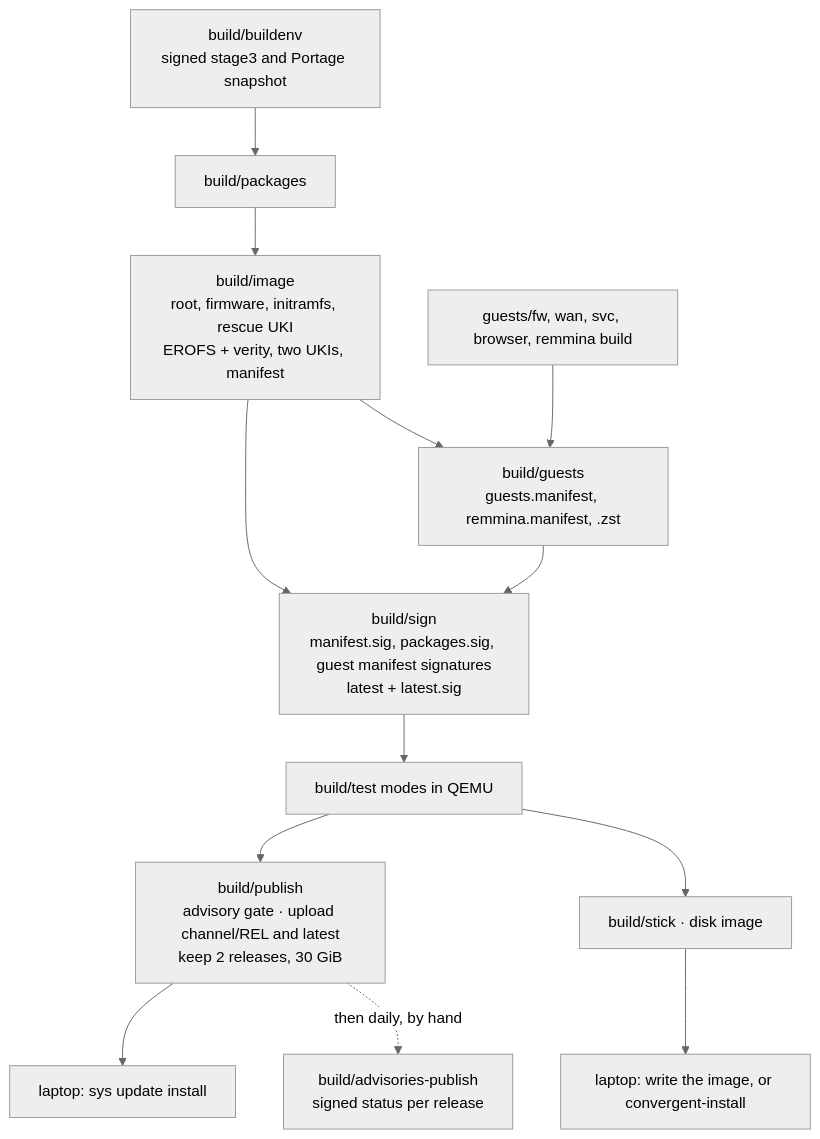
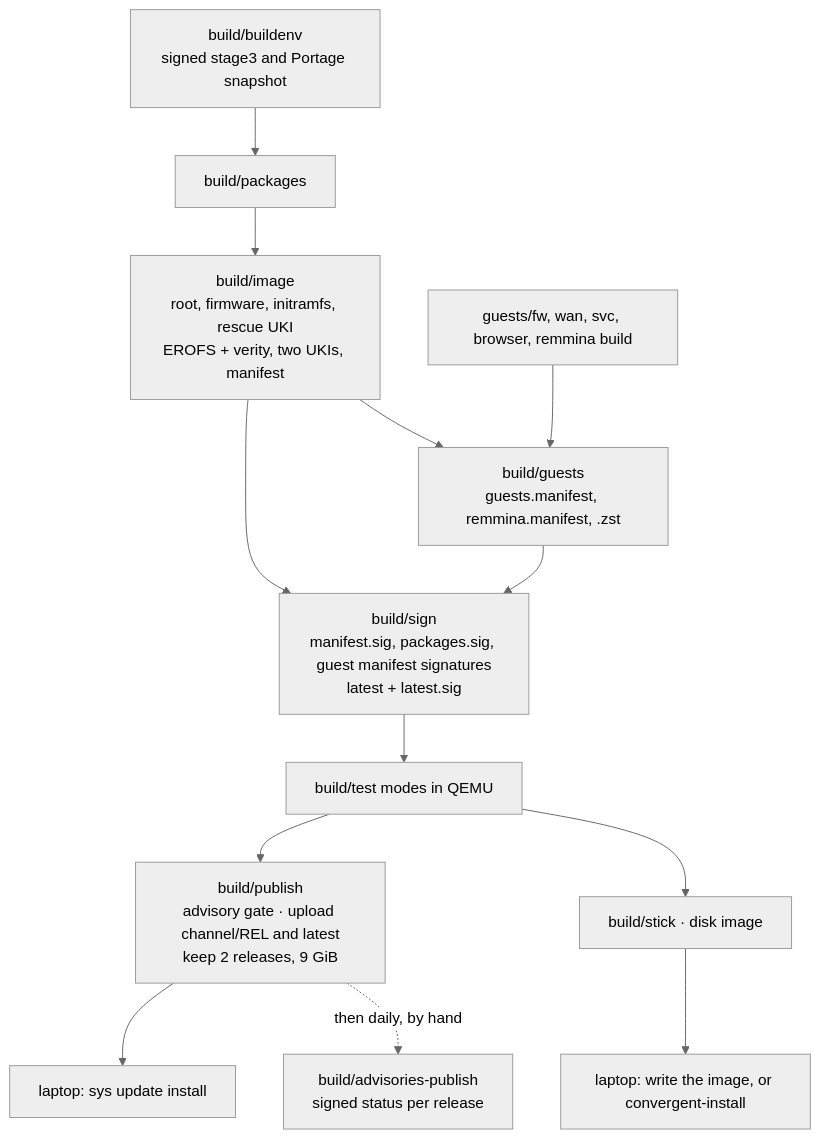
One commit to svkadmin/convergent changed the diagram in BUILD.md. Above: the diagram before and after it, drawn with Mermaid (neutral theme). The commit also changed other lines of this file and 1 other file, not shown here.

Commit message:
publish: docs: the releases stay under 9 GiB, the free tier; the install image will be budgeted apart as the part the owner pays for (owner decision 2026-11-08)

````diff
--- a/BUILD.md
+++ b/BUILD.md
@@ -8,22 +8,22 @@
 ```mermaid
 flowchart TD
   E["build/buildenv<br/>signed stage3 and Portage snapshot"]
   P["build/packages"]
   I["build/image<br/>root, firmware, initramfs, rescue UKI<br/>EROFS + verity, two UKIs, manifest"]
   G["guests/fw, wan, svc, browser, remmina build"]
   GM["build/guests<br/>guests.manifest, remmina.manifest, .zst"]
   S["build/sign<br/>manifest.sig, packages.sig, guest manifest signatures<br/>latest + latest.sig"]
   T["build/test modes in QEMU"]
-  PU["build/publish<br/>advisory gate · upload channel/REL and latest<br/>keep 2 releases, 30 GiB"]
+  PU["build/publish<br/>advisory gate · upload channel/REL and latest<br/>keep 2 releases, 9 GiB"]
   ST["build/stick · disk image"]
   L["laptop: sys update install"]
   N["laptop: write the image, or convergent-install"]
   A["build/advisories-publish<br/>signed status per release"]
   E --> P --> I --> S
   G --> GM --> S
   I --> GM
   S --> T
   T --> PU --> L
   T --> ST --> N
   PU -.->|"then daily, by hand"| A
 ```
````
